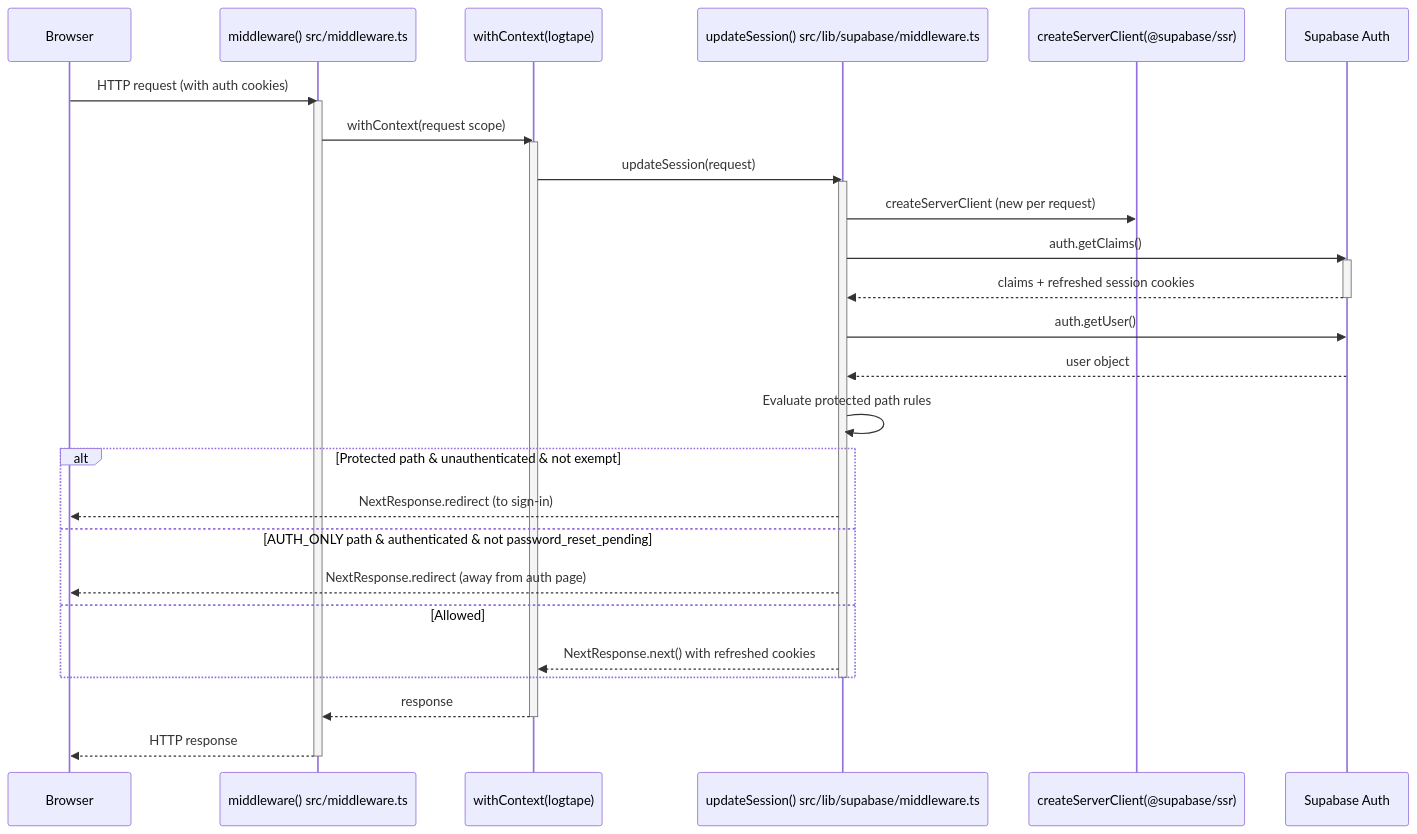
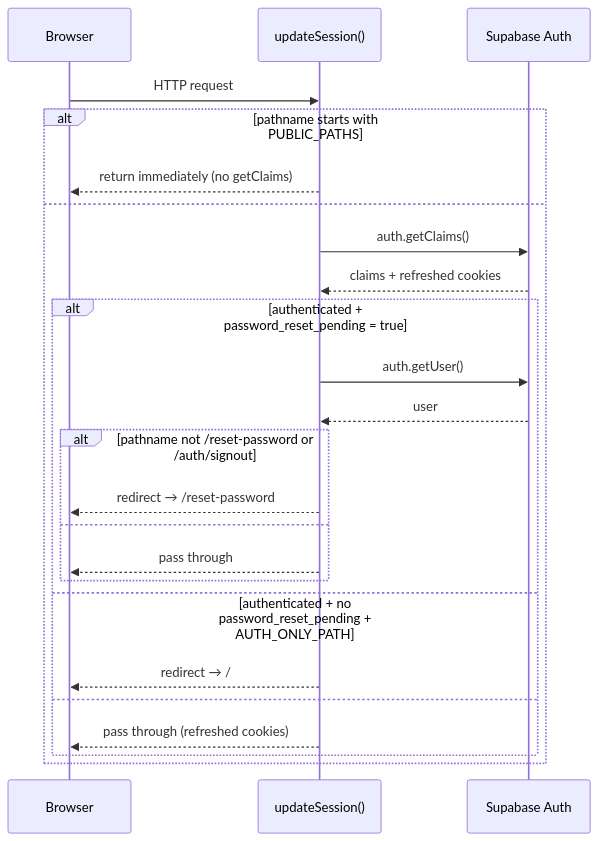
Before and after one commit to jackcasstlesjones/ozeaon-wiki: the second of 2 diagrams in src/content/docs/architecture/middleware-sessions.md, drawn with Mermaid. The commit also changed other lines of this file and 8 other files, not shown here.

Commit message:
docs: trim data model, middleware, auth and account pages and related components

````diff
--- a/src/content/docs/architecture/middleware-sessions.md
+++ b/src/content/docs/architecture/middleware-sessions.md
@@ -240,36 +80,27 @@
 ```mermaid
 sequenceDiagram
     participant B as Browser
-    participant M as middleware() src/middleware.ts
-    participant L as withContext(logtape)
-    participant S as updateSession() src/lib/supabase/middleware.ts
-    participant SB as createServerClient(@supabase/ssr)
-    participant A as Supabase Auth
+    participant MW as updateSession()
+    participant SB as Supabase Auth
 
-    B->>M: HTTP request (with auth cookies)
-    activate M
-    M->>L: withContext(request scope)
-    activate L
-    L->>S: updateSession(request)
-    activate S
-    S->>SB: createServerClient (new per request)
-    S->>A: auth.getClaims()
-    activate A
-    A-->>S: claims + refreshed session cookies
-    deactivate A
-    S->>A: auth.getUser()
-    A-->>S: user object
-    S->>S: Evaluate protected path rules
-    alt Protected path & unauthenticated & not exempt
-        S-->>B: NextResponse.redirect (to sign-in)
-    else AUTH_ONLY path & authenticated & not password_reset_pending
-        S-->>B: NextResponse.redirect (away from auth page)
-    else Allowed
-        S-->>L: NextResponse.next() with refreshed cookies
+    B->>MW: HTTP request
+    alt pathname starts with PUBLIC_PATHS
+        MW-->>B: return immediately (no getClaims)
+    else
+        MW->>SB: auth.getClaims()
+        SB-->>MW: claims + refreshed cookies
+        alt authenticated + password_reset_pending = true
+            MW->>SB: auth.getUser()
+            SB-->>MW: user
+            alt pathname not /reset-password or /auth/signout
+                MW-->>B: redirect → /reset-password
+            else
+                MW-->>B: pass through
+            end
+        else authenticated + no password_reset_pending + AUTH_ONLY_PATH
+            MW-->>B: redirect → /
+        else
+            MW-->>B: pass through (refreshed cookies)
+        end
     end
-    deactivate S
-    L-->>M: response
-    deactivate L
-    M-->>B: HTTP response
-    deactivate M
 ```
````
